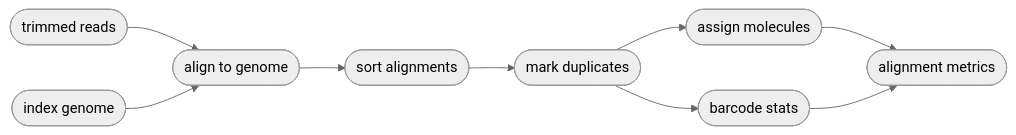
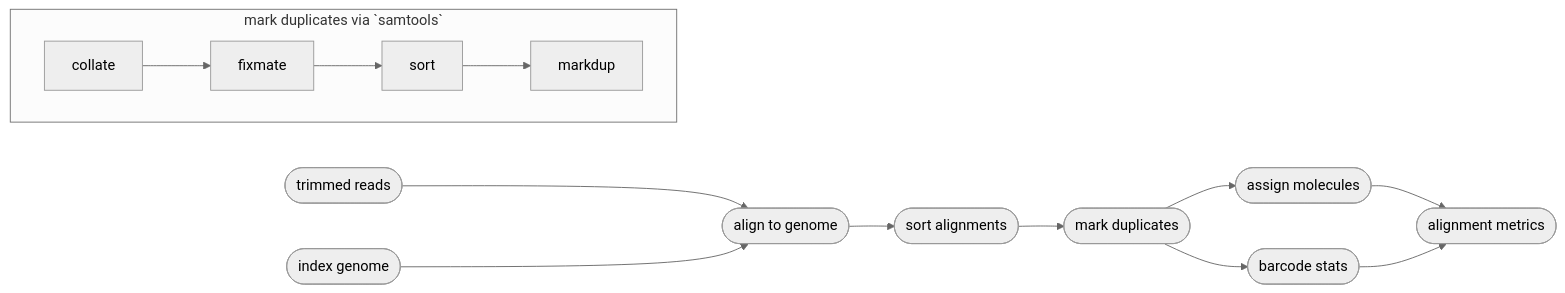
Before and after one commit to pdimens/harpy: the diagram in Modules/Align/bwa.md, drawn with Mermaid (neutral theme). The commit also changed other lines of this file and 4 other files, not shown here.

````diff
--- a/Modules/Align/bwa.md
+++ b/Modules/Align/bwa.md
@@ -84,11 +90,17 @@
 ```mermaid
 graph LR
     Z([trimmed reads]) --> B
     A([index genome]) --> B([align to genome])
     B-->C([sort alignments])
     C-->D([mark duplicates])
     D-->E([assign molecules])
     E-->F([alignment metrics])
     D-->G([barcode stats])
     G-->F
+    subgraph markdp [mark duplicates via `samtools`]
+        direction LR
+        collate-->fixmate
+        fixmate-->sort
+        sort-->markdup
+    end
 ```
````
